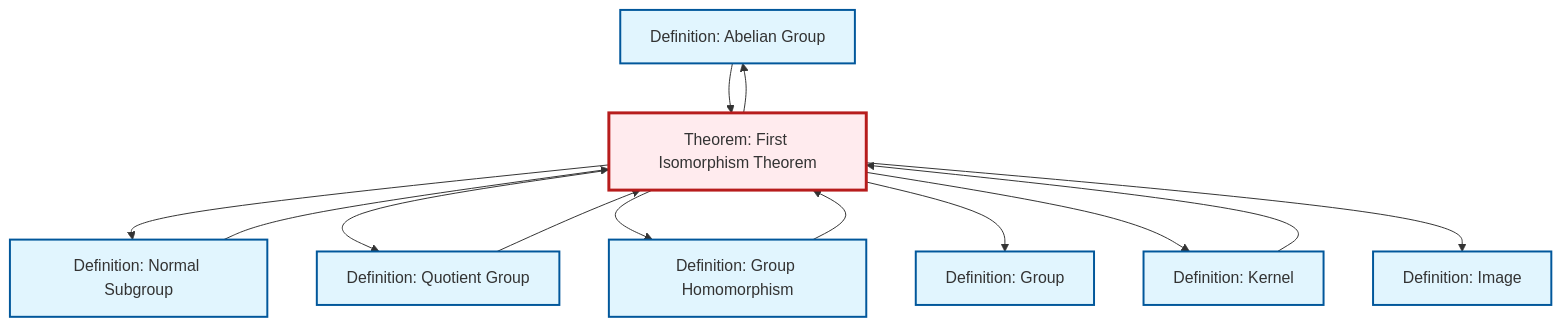
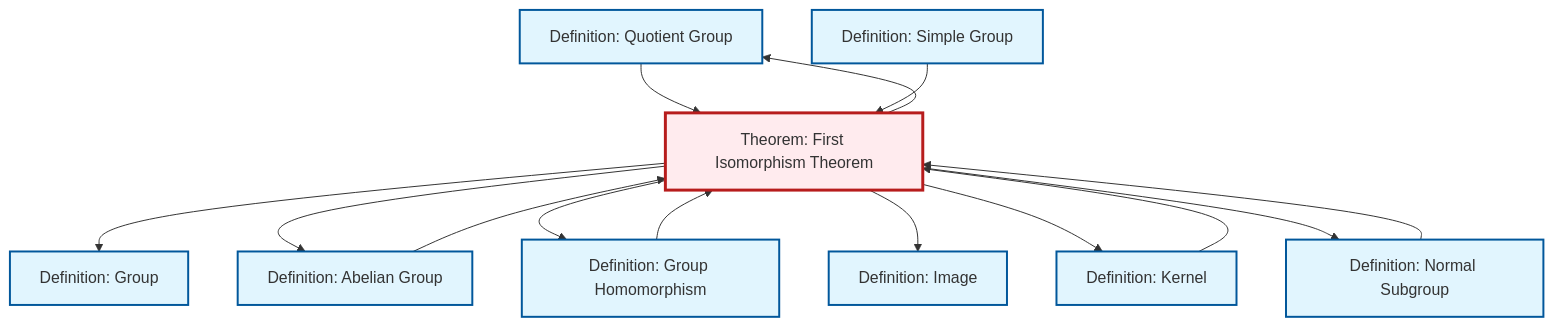
One commit to RK0429/ModernMath changed the diagram in content/en/algebra/thm-first-isomorphism.qmd. Above: the diagram before and after it, drawn with Mermaid. The commit also changed 554 other files, not shown here.

````diff
--- a/content/en/algebra/thm-first-isomorphism.qmd
+++ b/content/en/algebra/thm-first-isomorphism.qmd
@@ -100,37 +100,40 @@
 ```{mermaid}
 %%| fig-cap: "Local dependency graph"
 graph TD
     classDef definition fill:#e1f5fe,stroke:#01579b,stroke-width:2px
     classDef theorem fill:#f3e5f5,stroke:#4a148c,stroke-width:2px
     classDef axiom fill:#fff3e0,stroke:#e65100,stroke-width:2px
     classDef example fill:#e8f5e9,stroke:#1b5e20,stroke-width:2px
     classDef current fill:#ffebee,stroke:#b71c1c,stroke-width:3px
+    def-quotient-group["Definition: Quotient Group"]:::definition
+    def-kernel["Definition: Kernel"]:::definition
+    def-image["Definition: Image"]:::definition
     def-abelian-group["Definition: Abelian Group"]:::definition
-    def-quotient-group["Definition: Quotient Group"]:::definition
-    def-image["Definition: Image"]:::definition
-    thm-first-isomorphism["Theorem: First Isomorphism Theorem"]:::theorem
+    def-simple-group["Definition: Simple Group"]:::definition
     def-group["Definition: Group"]:::definition
     def-normal-subgroup["Definition: Normal Subgroup"]:::definition
-    def-kernel["Definition: Kernel"]:::definition
     def-homomorphism["Definition: Group Homomorphism"]:::definition
-    def-abelian-group --> thm-first-isomorphism
-    def-homomorphism --> thm-first-isomorphism
+    thm-first-isomorphism["Theorem: First Isomorphism Theorem"]:::theorem
+    def-quotient-group --> thm-first-isomorphism
+    thm-first-isomorphism --> def-group
     def-normal-subgroup --> thm-first-isomorphism
     thm-first-isomorphism --> def-abelian-group
+    def-abelian-group --> thm-first-isomorphism
+    thm-first-isomorphism --> def-homomorphism
+    thm-first-isomorphism --> def-image
+    def-simple-group --> thm-first-isomorphism
+    def-kernel --> thm-first-isomorphism
+    thm-first-isomorphism --> def-kernel
     thm-first-isomorphism --> def-normal-subgroup
-    def-kernel --> thm-first-isomorphism
     thm-first-isomorphism --> def-quotient-group
-    thm-first-isomorphism --> def-homomorphism
-    thm-first-isomorphism --> def-group
-    thm-first-isomorphism --> def-kernel
-    def-quotient-group --> thm-first-isomorphism
-    thm-first-isomorphism --> def-image
+    def-homomorphism --> thm-first-isomorphism
     class thm-first-isomorphism current
+    click def-quotient-group "def-quotient-group.html" "Go to Quotient Group definition"
+    click def-kernel "def-kernel.html" "Go to Kernel definition"
+    click def-image "def-image.html" "Go to Image definition"
     click def-abelian-group "def-abelian-group.html" "Go to Abelian Group definition"
-    click def-quotient-group "def-quotient-group.html" "Go to Quotient Group definition"
-    click def-image "def-image.html" "Go to Image definition"
+    click def-simple-group "def-simple-group.html" "Go to Simple Group definition"
     click def-group "def-group.html" "Go to Group definition"
     click def-normal-subgroup "def-normal-subgroup.html" "Go to Normal Subgroup definition"
-    click def-kernel "def-kernel.html" "Go to Kernel definition"
     click def-homomorphism "def-homomorphism.html" "Go to Group Homomorphism definition"
 ```
````
